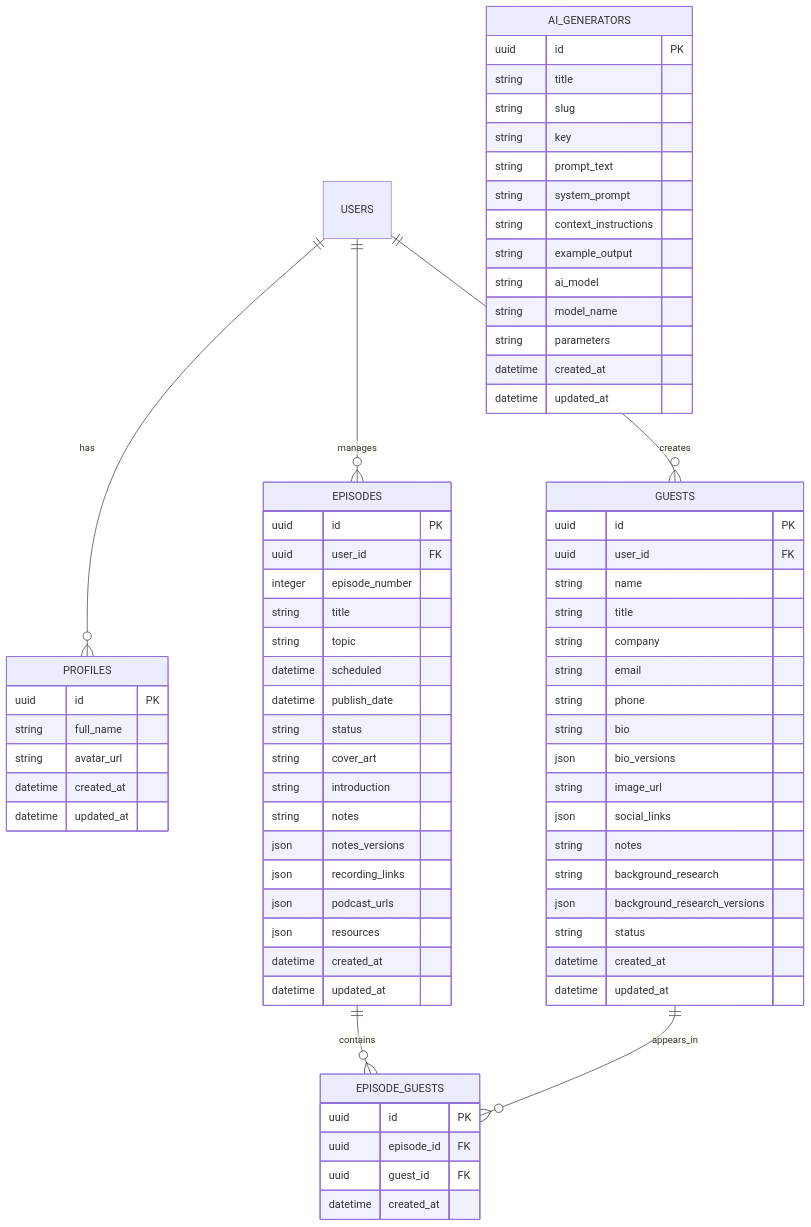
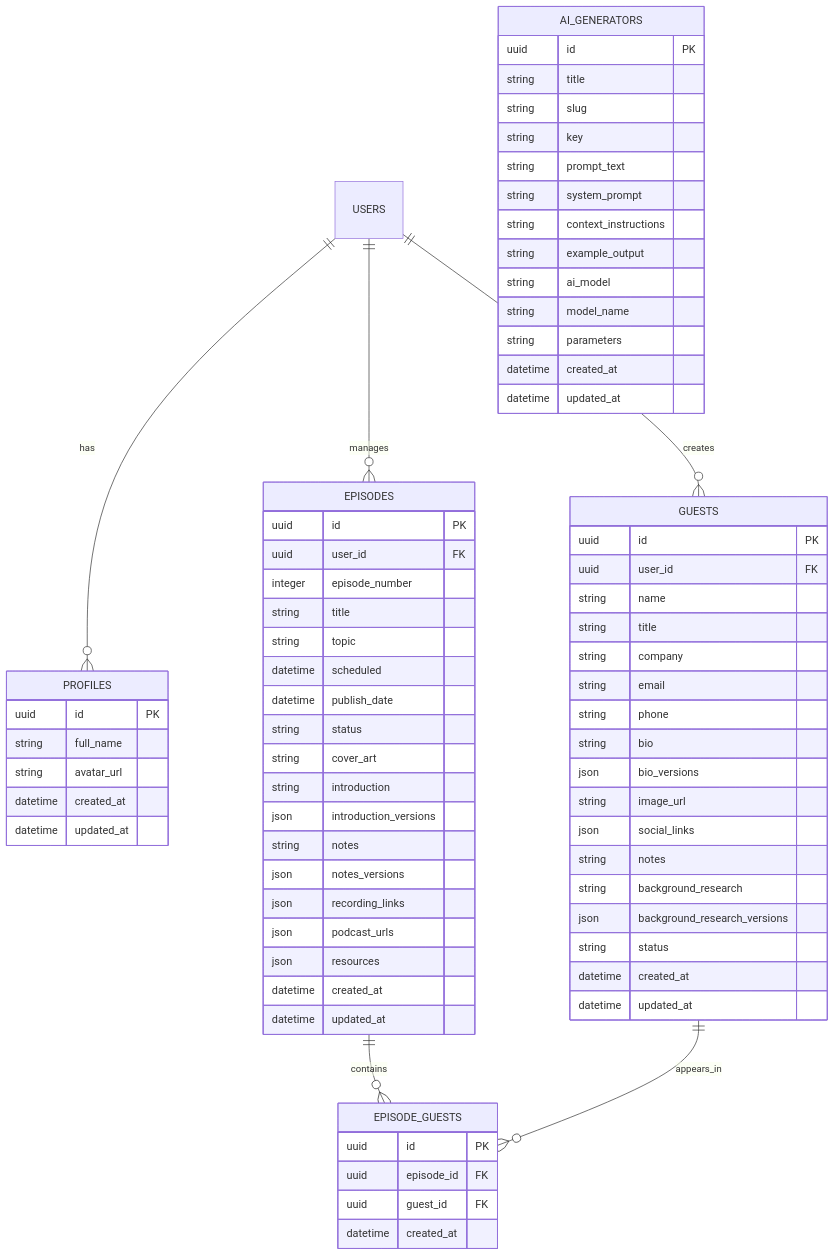
Before and after one commit to modhaliwal/podcast-planner: the diagram in docs/DATABASE_MODEL.md, drawn with Mermaid. The commit also changed other lines of this file and 5 other files, not shown here.

````diff
--- a/docs/DATABASE_MODEL.md
+++ b/docs/DATABASE_MODEL.md
@@ -6,74 +6,75 @@
 ```mermaid
 erDiagram
     USERS ||--o{ PROFILES : has
     USERS ||--o{ GUESTS : creates
     USERS ||--o{ EPISODES : manages
     EPISODES ||--o{ EPISODE_GUESTS : contains
     GUESTS ||--o{ EPISODE_GUESTS : appears_in
     EPISODES {
         uuid id PK
         uuid user_id FK
         integer episode_number
         string title
         string topic
         datetime scheduled
         datetime publish_date
         string status
         string cover_art
         string introduction
+        json introduction_versions
         string notes
         json notes_versions
         json recording_links
         json podcast_urls
         json resources
         datetime created_at
         datetime updated_at
     }
     GUESTS {
         uuid id PK
         uuid user_id FK
         string name
         string title
         string company
         string email
         string phone
         string bio
         json bio_versions
         string image_url
         json social_links
         string notes
         string background_research
         json background_research_versions
         string status
         datetime created_at
         datetime updated_at
     }
     PROFILES {
         uuid id PK
         string full_name
         string avatar_url
         datetime created_at
         datetime updated_at
     }
     EPISODE_GUESTS {
         uuid id PK
         uuid episode_id FK
         uuid guest_id FK
         datetime created_at
     }
     AI_GENERATORS {
         uuid id PK
         string title
         string slug
         string key
         string prompt_text
         string system_prompt
         string context_instructions
         string example_output
         string ai_model
         string model_name
         string parameters
         datetime created_at
         datetime updated_at
     }
 ```
````
